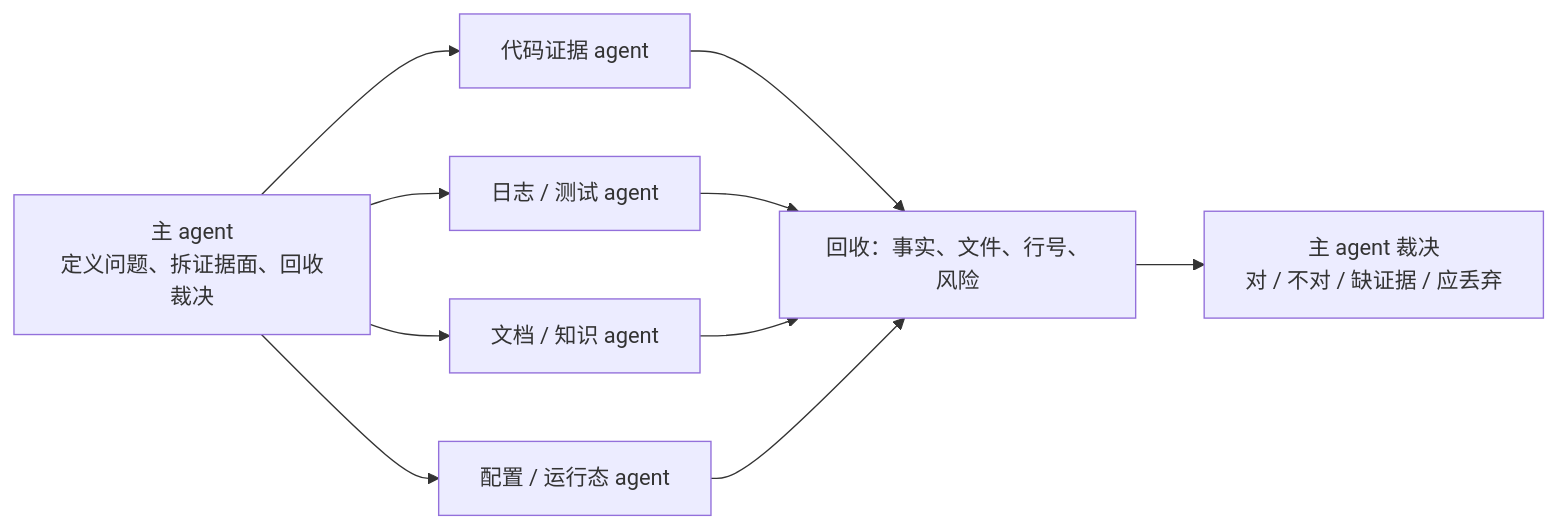
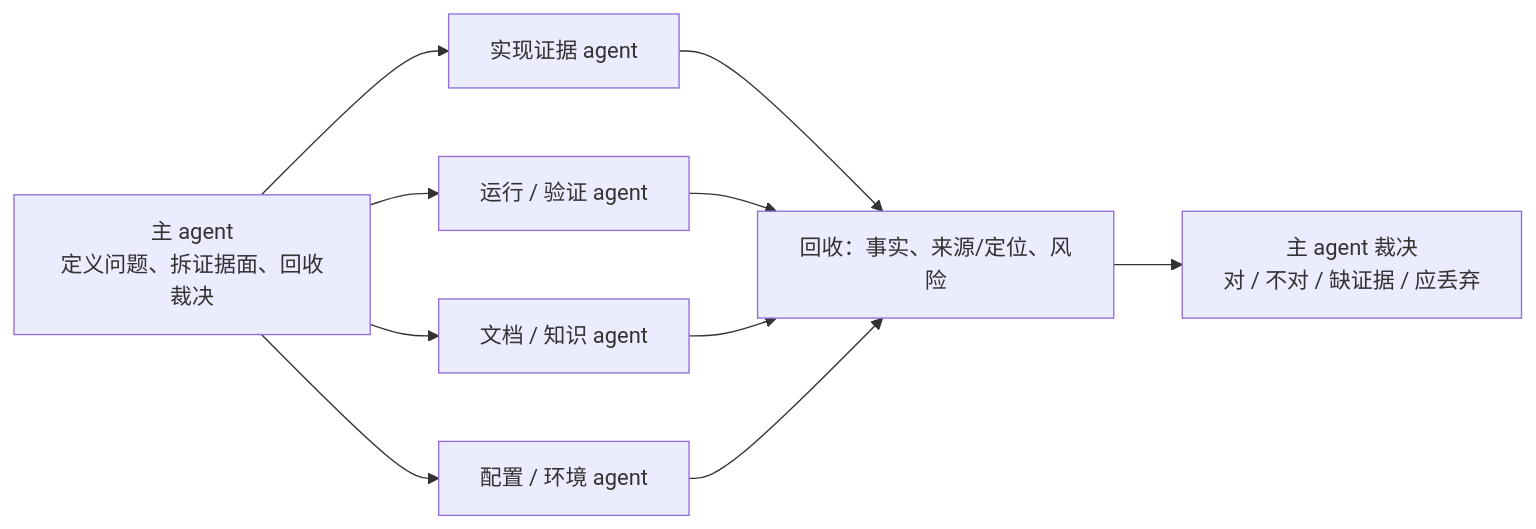
The seventh of 11 diagrams in problem-review-mapper/SKILL.md (nds15763/workskills), drawn with Mermaid before and after one commit. The commit also changed other lines of this file and 7 other files, not shown here.

````diff
--- a/problem-review-mapper/SKILL.md
+++ b/problem-review-mapper/SKILL.md
@@ -350,13 +352,13 @@
 ```mermaid
 flowchart LR
-  M["主 agent<br/>定义问题、拆证据面、回收裁决"] --> A["代码证据 agent"]
-  M --> B["日志 / 测试 agent"]
+  M["主 agent<br/>定义问题、拆证据面、回收裁决"] --> A["实现证据 agent"]
+  M --> B["运行 / 验证 agent"]
   M --> C["文档 / 知识 agent"]
-  M --> D["配置 / 运行态 agent"]
+  M --> D["配置 / 环境 agent"]
 
-  A --> R["回收：事实、文件、行号、风险"]
+  A --> R["回收：事实、来源/定位、风险"]
   B --> R
   C --> R
   D --> R
   R --> V["主 agent 裁决<br/>对 / 不对 / 缺证据 / 应丢弃"]
 ```
````
